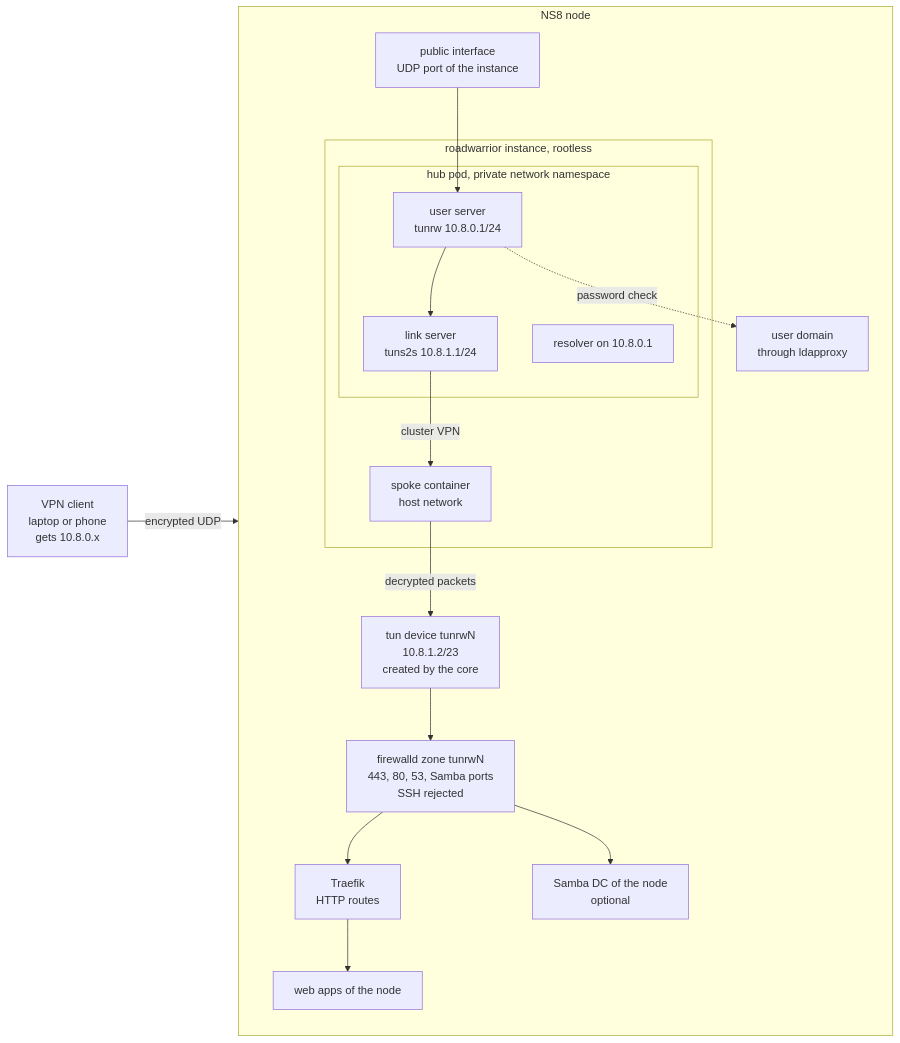
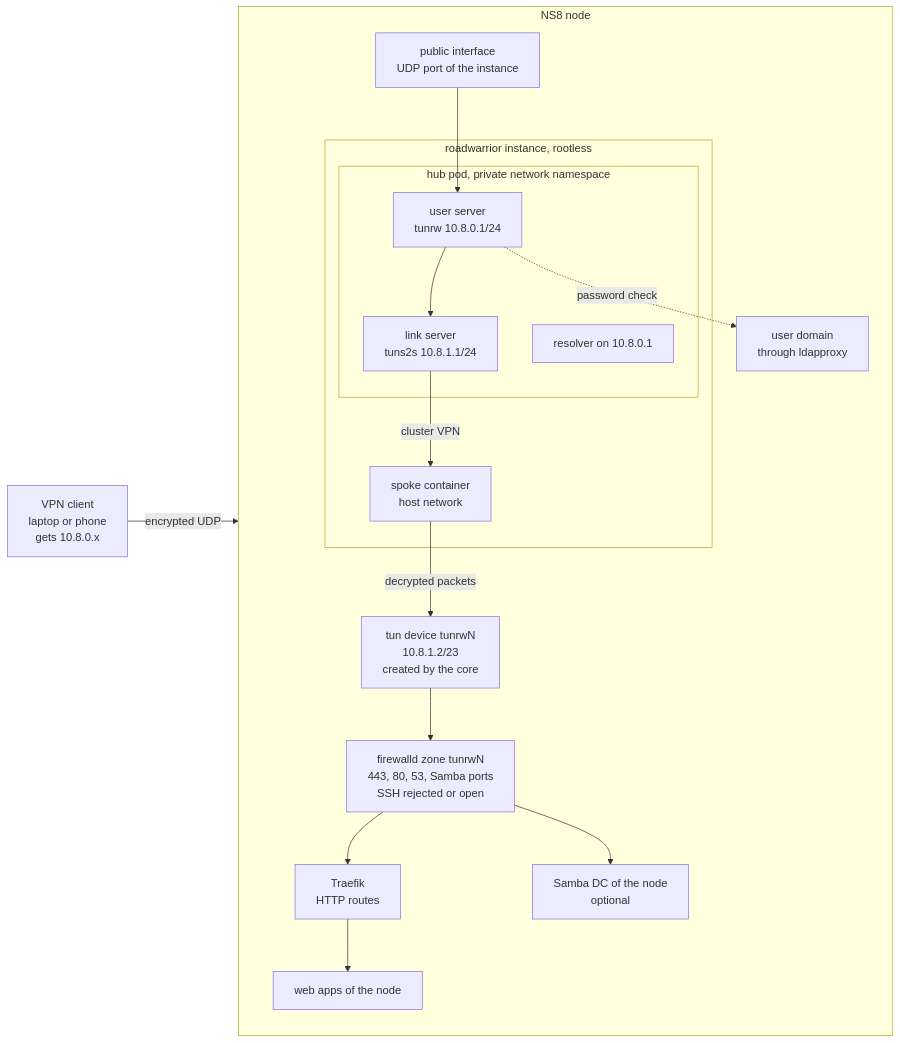
One commit to stephdl/ns8-roadwarrior changed the first of 7 diagrams in docs/network.md. Above: the diagram before and after it, drawn with Mermaid. The commit also changed other lines of this file and 21 other files, not shown here.

````diff
--- a/docs/network.md
+++ b/docs/network.md
@@ -9,33 +9,33 @@
 ```mermaid
 flowchart LR
     client["VPN client<br/>laptop or phone<br/>gets 10.8.0.x"]
 
     subgraph node["NS8 node"]
         direction TB
         nic["public interface<br/>UDP port of the instance"]
 
         subgraph module["roadwarrior instance, rootless"]
             subgraph pod["hub pod, private network namespace"]
                 ovpn["user server<br/>tunrw 10.8.0.1/24"]
                 s2s["link server<br/>tuns2s 10.8.1.1/24"]
                 dns["resolver on 10.8.0.1"]
             end
             spoke["spoke container<br/>host network"]
         end
 
         tun["tun device tunrwN<br/>10.8.1.2/23<br/>created by the core"]
-        zone["firewalld zone tunrwN<br/>443, 80, 53, Samba ports<br/>SSH rejected"]
+        zone["firewalld zone tunrwN<br/>443, 80, 53, Samba ports<br/>SSH rejected or open"]
         traefik["Traefik<br/>HTTP routes"]
         apps["web apps of the node"]
         samba["Samba DC of the node<br/>optional"]
         ldap["user domain<br/>through ldapproxy"]
     end
 
     client -- "encrypted UDP" --> nic --> ovpn
     ovpn --> s2s -- "cluster VPN" --> spoke
     spoke -- "decrypted packets" --> tun
     tun --> zone
     zone --> traefik --> apps
     zone --> samba
     ovpn -. "password check" .-> ldap
 ```
````
